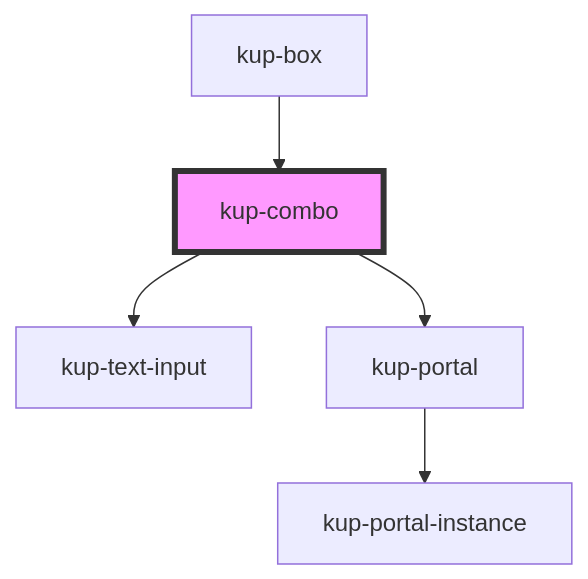
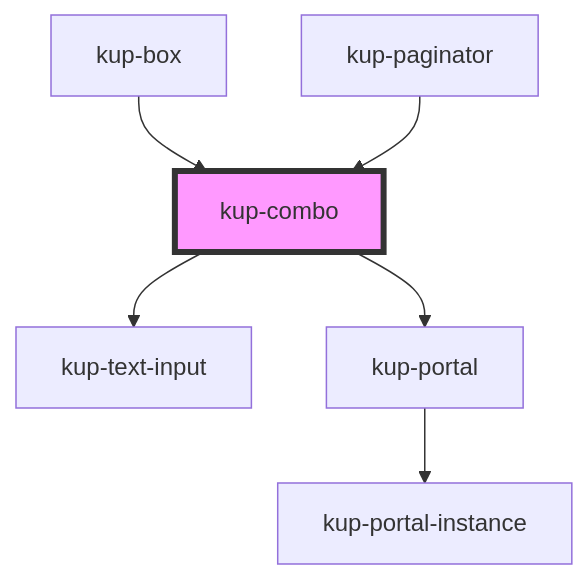
Before and after one commit to smeup/ketchup: the diagram in packages/ketchup/src/components/kup-combo/readme.md, drawn with Mermaid. The commit also changed other lines of this file and 21 other files, not shown here.

````diff
--- a/packages/ketchup/src/components/kup-combo/readme.md
+++ b/packages/ketchup/src/components/kup-combo/readme.md
@@ -77,8 +79,9 @@
 ```mermaid
 graph TD;
   kup-combo --> kup-text-input
   kup-combo --> kup-portal
   kup-portal --> kup-portal-instance
   kup-box --> kup-combo
+  kup-paginator --> kup-combo
   style kup-combo fill:#f9f,stroke:#333,stroke-width:4px
 ```
````
